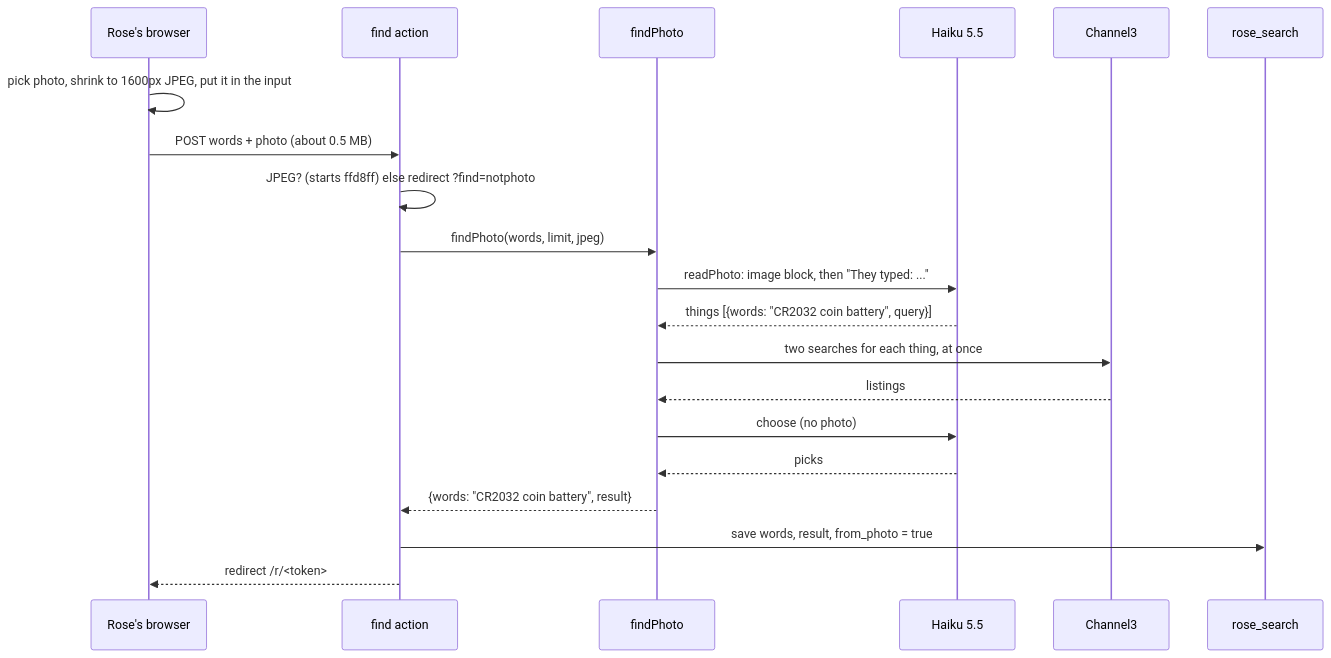
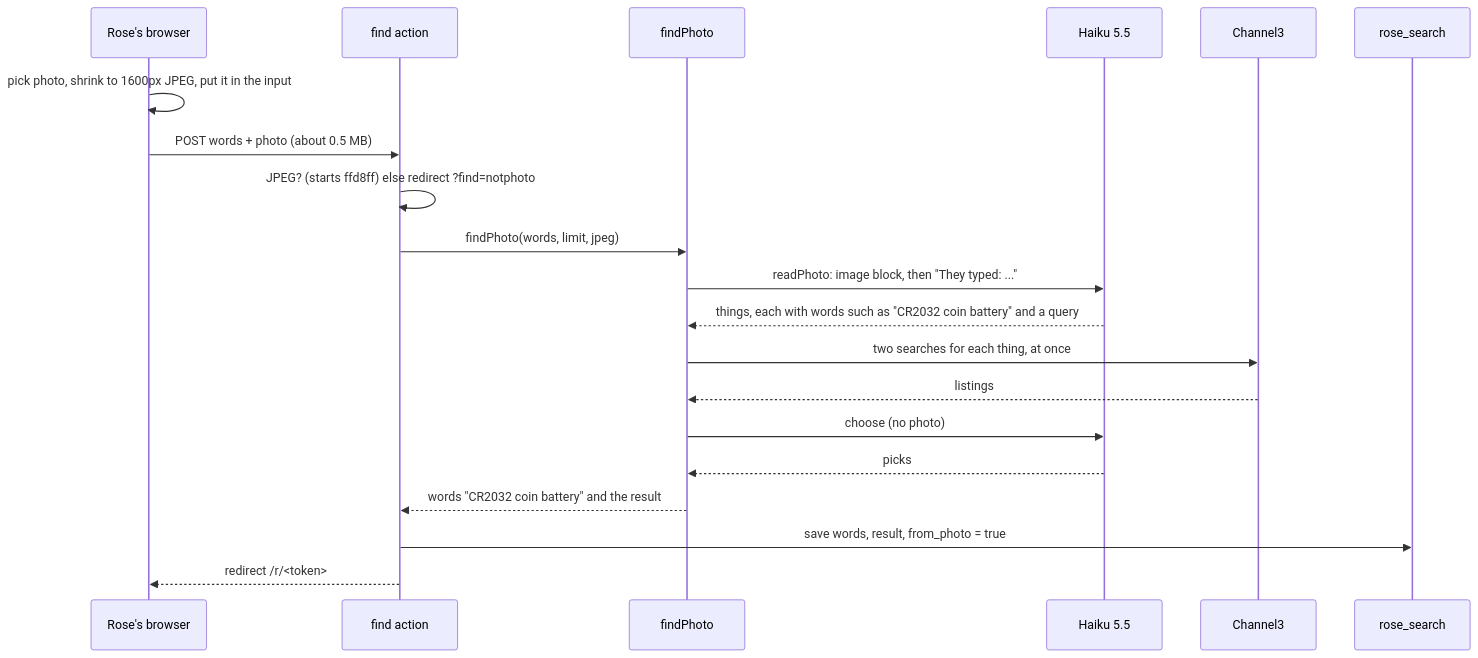
The fourth of 6 diagrams in docs/specs/photo-ask.md (dzaffren/kincart), drawn with Mermaid before and after one commit.

Commit message:
docs(spec): drop the braces from photo-ask's sequence diagram
The ship gate reads a brace pair as a placeholder left in the spec.

````diff
--- a/docs/specs/photo-ask.md
+++ b/docs/specs/photo-ask.md
@@ -176,22 +176,22 @@
 ```mermaid
 sequenceDiagram
     participant R as Rose's browser
     participant A as find action
     participant F as findPhoto
     participant H as Haiku 5.5
     participant C as Channel3
     participant D as rose_search
     R->>R: pick photo, shrink to 1600px JPEG, put it in the input
     R->>A: POST words + photo (about 0.5 MB)
     A->>A: JPEG? (starts ffd8ff) else redirect ?find=notphoto
     A->>F: findPhoto(words, limit, jpeg)
     F->>H: readPhoto: image block, then "They typed: ..."
-    H-->>F: things [{words: "CR2032 coin battery", query}]
+    H-->>F: things, each with words such as "CR2032 coin battery" and a query
     F->>C: two searches for each thing, at once
     C-->>F: listings
     F->>H: choose (no photo)
     H-->>F: picks
-    F-->>A: {words: "CR2032 coin battery", result}
+    F-->>A: words "CR2032 coin battery" and the result
     A->>D: save words, result, from_photo = true
     A-->>R: redirect /r/<token>
 ```
````
